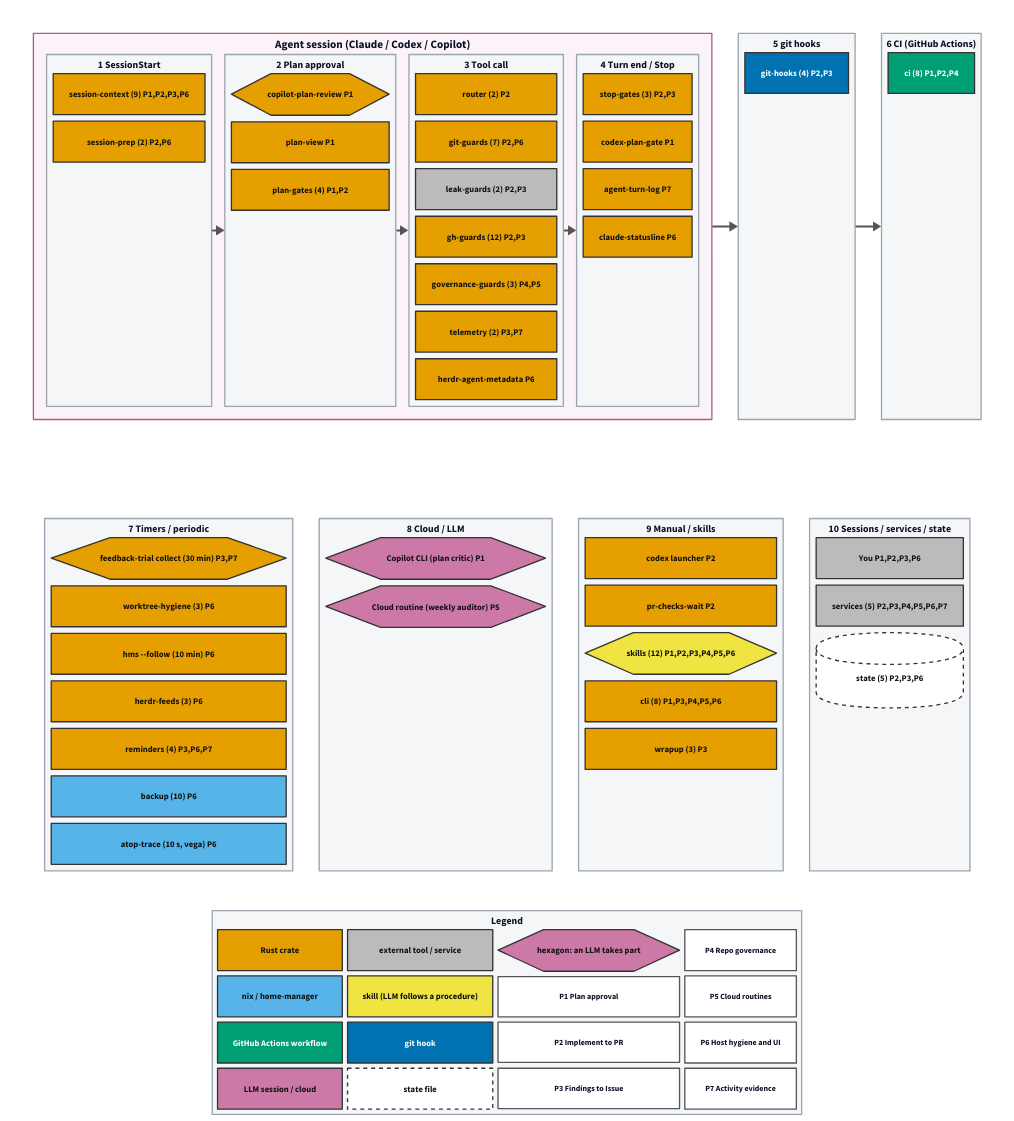
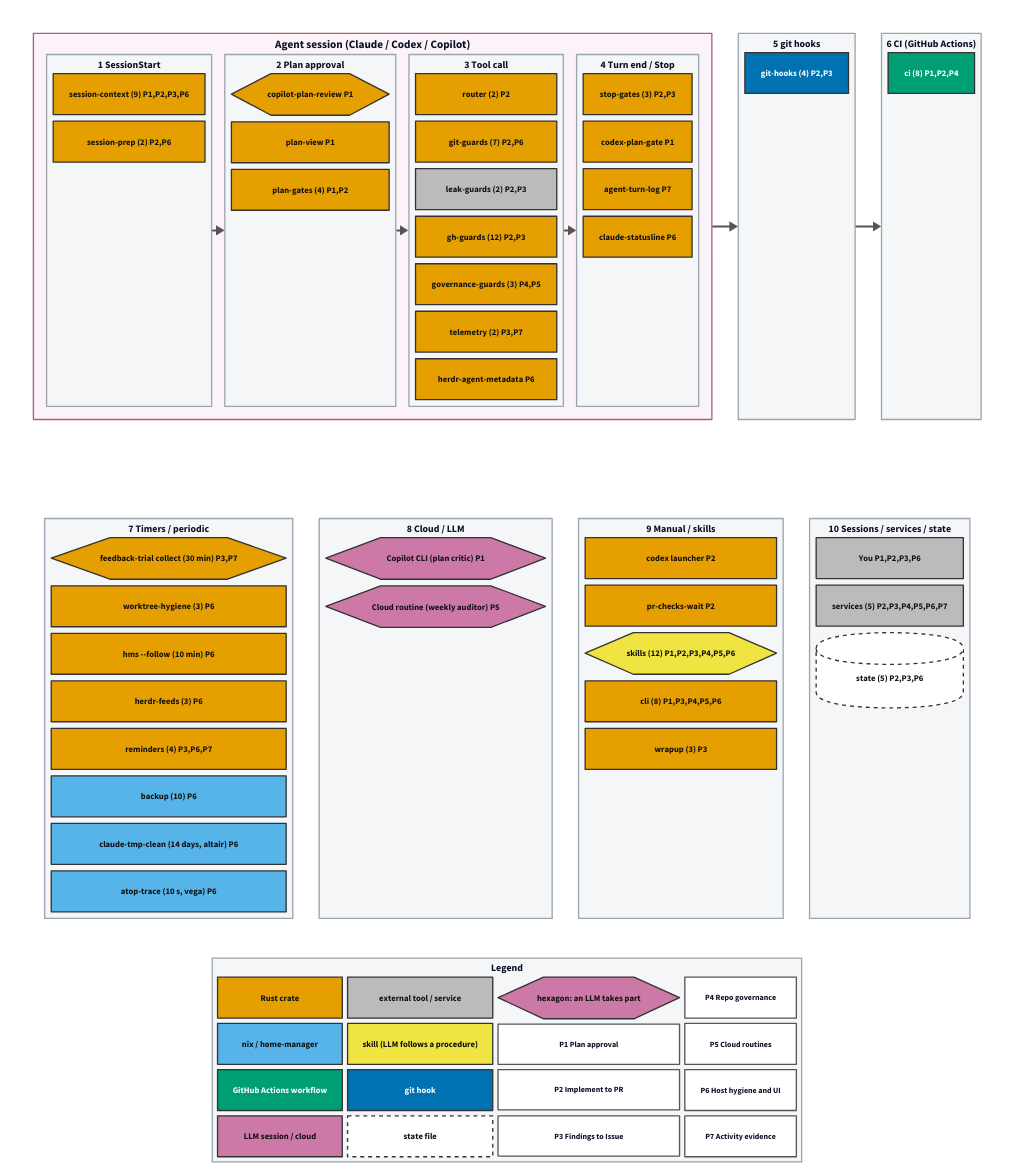
One commit to tarotene/dotfiles changed the diagram in docs/assets/pipeline-map/overview.d2. Above: the diagram before and after it, drawn with D2. The commit also changed 11 other files, not shown here.

```diff
--- a/docs/assets/pipeline-map/overview.d2
+++ b/docs/assets/pipeline-map/overview.d2
@@ -289,6 +289,9 @@
     g_backup: "backup (10)  P6" {
       class: s_nix
     }
+    g_claude_tmp_clean: "claude-tmp-clean (14 days, altair)  P6" {
+      class: s_nix
+    }
     g_atop_trace: "atop-trace (10 s, vega)  P6" {
       class: s_nix
     }
```
